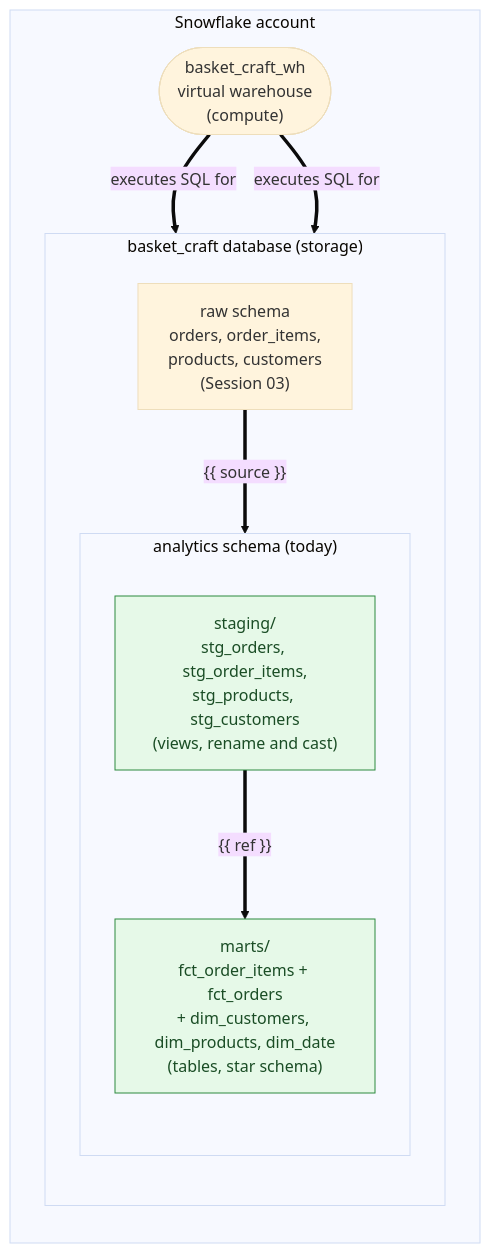
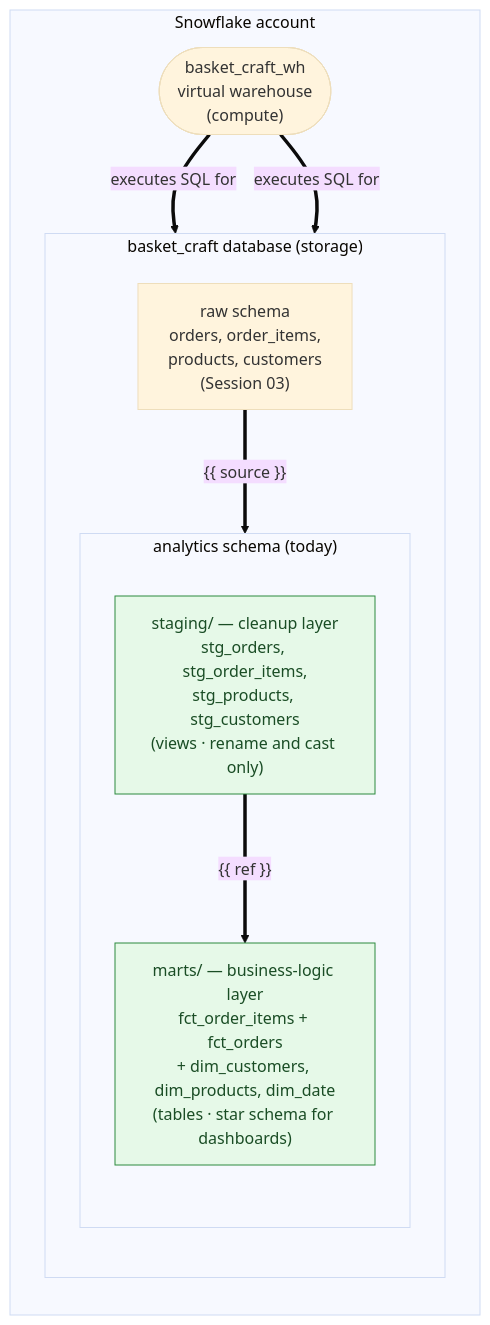
The fourth of 6 diagrams in lessons/07-cloud-pipeline/mp02-tutorial.md (LMU-ISBA/isba-4715-f26), drawn with Mermaid (base theme) before and after one commit. The commit also changed other lines of this file, not shown here.

````diff
--- a/lessons/07-cloud-pipeline/mp02-tutorial.md
+++ b/lessons/07-cloud-pipeline/mp02-tutorial.md
@@ -1130,23 +1130,23 @@
 ```mermaid
 flowchart LR
     subgraph ACCT["Snowflake account"]
         direction TB
         WH(["basket_craft_wh<br/>virtual warehouse<br/>(compute)"])
         subgraph DB["basket_craft database (storage)"]
             direction TB
             RAW["raw schema<br/>orders, order_items,<br/>products, customers<br/>(Session 03)"]
             subgraph ANALYTICS["analytics schema (today)"]
                 direction TB
-                STG["staging/<br/>stg_orders, stg_order_items,<br/>stg_products, stg_customers<br/>(views, rename and cast)"]
-                MART["marts/<br/>fct_order_items + fct_orders<br/>+ dim_customers, dim_products, dim_date<br/>(tables, star schema)"]
+                STG["staging/ — cleanup layer<br/>stg_orders, stg_order_items,<br/>stg_products, stg_customers<br/>(views · rename and cast only)"]
+                MART["marts/ — business-logic layer<br/>fct_order_items + fct_orders<br/>+ dim_customers, dim_products, dim_date<br/>(tables · star schema for dashboards)"]
                 STG ==>|"{{ ref }}"| MART
             end
             RAW ==>|"{{ source }}"| STG
         end
         WH ==>|executes SQL for| RAW
         WH ==>|executes SQL for| ANALYTICS
     end
 
     classDef today fill:#e6f9e8,stroke:#2c8a3f,color:#1a4d25
     class STG,MART today
 ```
````
